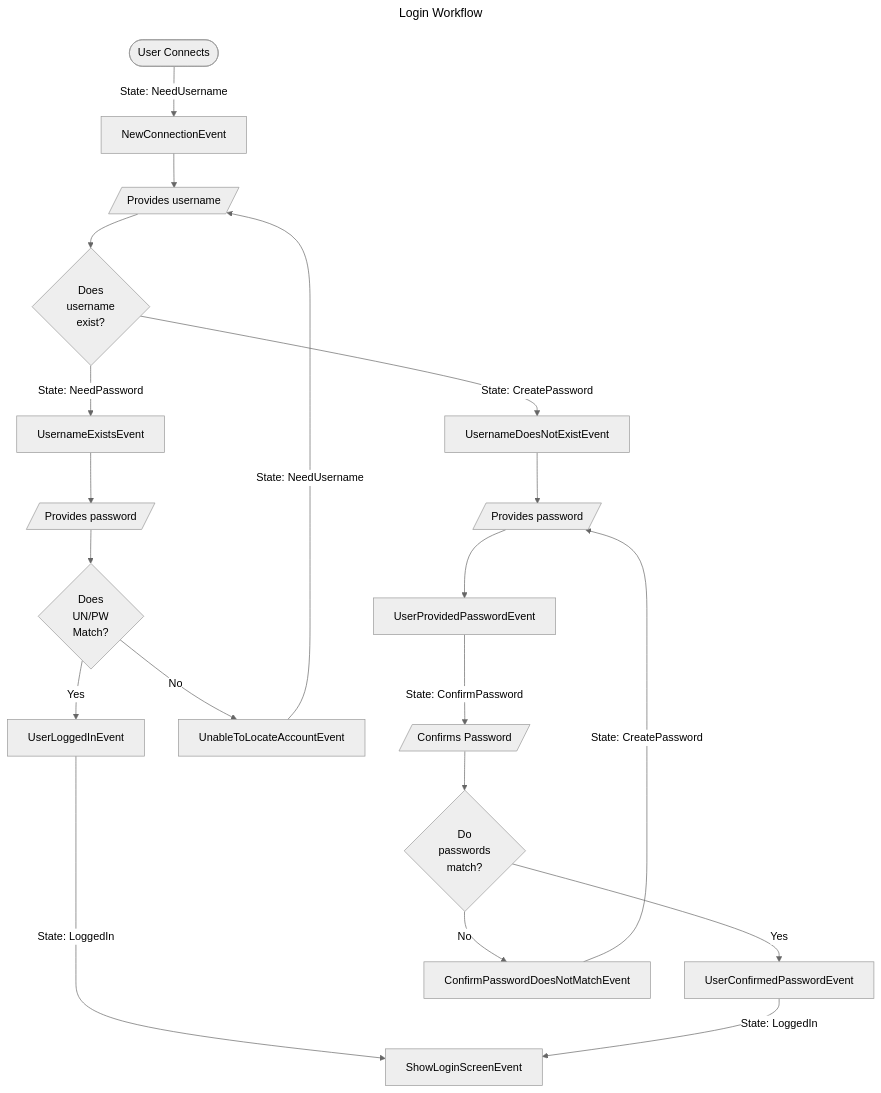
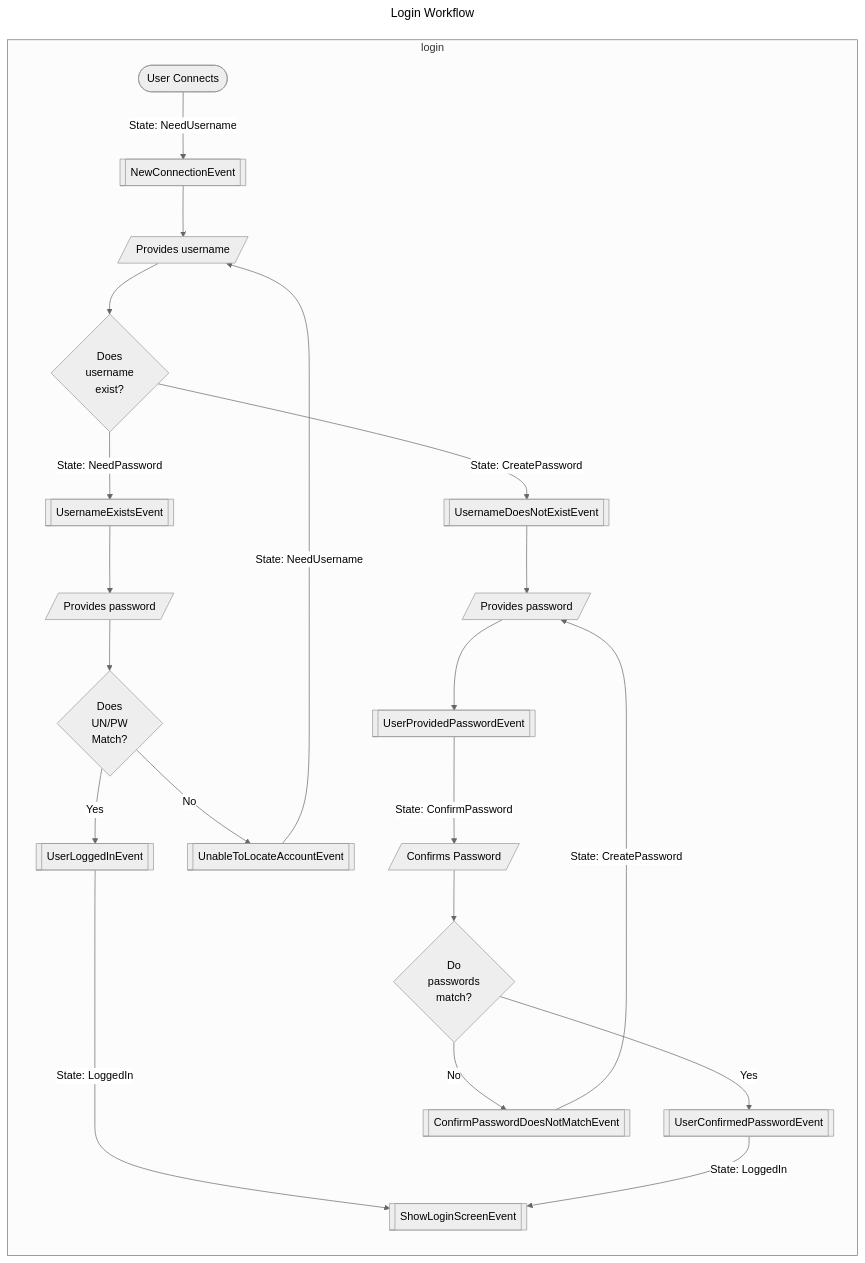
Before and after one commit to codeacula/rinora-mud: the diagram in _docs/LoginProcess.md, drawn with Mermaid (neutral theme).

Commit message:
Reworking documentation

````diff
--- a/_docs/LoginProcess.md
+++ b/_docs/LoginProcess.md
@@ -1,28 +1,31 @@
 ```mermaid
 ---
 title: Login Workflow
 ---
 flowchart
 
-Start([User Connects]) -->|State: NeedUsername| NewConn[NewConnectionEvent]
-NewConn --> ProvideUsername[/Provides username/]
-ProvideUsername --> DoesUnExist{Does\nusername\nexist?}
-DoesUnExist -->|State: NeedPassword| UsernameExists[UsernameExistsEvent]
-DoesUnExist -->|State: CreatePassword| UsernameNoExists[UsernameDoesNotExistEvent]
+subgraph login
+    direction TB
+    Start([User Connects]) -->|State: NeedUsername| NewConn[[NewConnectionEvent]]
+    NewConn --> ProvideUsername[/Provides username/]
+    ProvideUsername --> DoesUnExist{Does\nusername\nexist?}
+    DoesUnExist -->|State: NeedPassword| UsernameExists[[UsernameExistsEvent]]
+    DoesUnExist -->|State: CreatePassword| UsernameNoExists[[UsernameDoesNotExistEvent]]
 
-UsernameExists --> ProvidesPassword1[/Provides password/]
-ProvidesPassword1 --> CheckAccount{Does\nUN/PW\nMatch?}
-CheckAccount -->|Yes| UserLoggedInEvent
-CheckAccount -->|No| UnableToLocateAccountEvent
-UnableToLocateAccountEvent -->|State: NeedUsername| ProvideUsername
-UserLoggedInEvent -->|State: LoggedIn| ShowLoginScreenEvent
+    UsernameExists --> ProvidesPassword1[/Provides password/]
+    ProvidesPassword1 --> CheckAccount{Does\nUN/PW\nMatch?}
+    CheckAccount -->|Yes| UserLoggedInEvent[[UserLoggedInEvent]]
+    CheckAccount -->|No| UnableToLocateAccountEvent[[UnableToLocateAccountEvent]]
+    UnableToLocateAccountEvent -->|State: NeedUsername| ProvideUsername
+    UserLoggedInEvent -->|State: LoggedIn| ShowLoginScreenEvent[[ShowLoginScreenEvent]]
 
-UsernameNoExists --> ProvidesPassword2[/Provides password/]
-ProvidesPassword2 --> UserProvidedPasswordEvent
-UserProvidedPasswordEvent -->|State: ConfirmPassword| ConfirmsPassword[/Confirms Password/]
-ConfirmsPassword --> DoTheyMatch{Do\npasswords\nmatch?}
-DoTheyMatch -->|Yes| UserConfirmedPasswordEvent
-DoTheyMatch -->|No| ConfirmPasswordDoesNotMatchEvent
-UserConfirmedPasswordEvent -->|State: LoggedIn| ShowLoginScreenEvent
-ConfirmPasswordDoesNotMatchEvent -->|State: CreatePassword| ProvidesPassword2
+    UsernameNoExists --> ProvidesPassword2[/Provides password/]
+    ProvidesPassword2 --> UserProvidedPasswordEvent[[UserProvidedPasswordEvent]]
+    UserProvidedPasswordEvent -->|State: ConfirmPassword| ConfirmsPassword[/Confirms Password/]
+    ConfirmsPassword --> DoTheyMatch{Do\npasswords\nmatch?}
+    DoTheyMatch -->|Yes| UserConfirmedPasswordEvent[[UserConfirmedPasswordEvent]]
+    DoTheyMatch -->|No| ConfirmPasswordDoesNotMatchEvent[[ConfirmPasswordDoesNotMatchEvent]]
+    UserConfirmedPasswordEvent -->|State: LoggedIn| ShowLoginScreenEvent
+    ConfirmPasswordDoesNotMatchEvent -->|State: CreatePassword| ProvidesPassword2
+end
 ```
````
